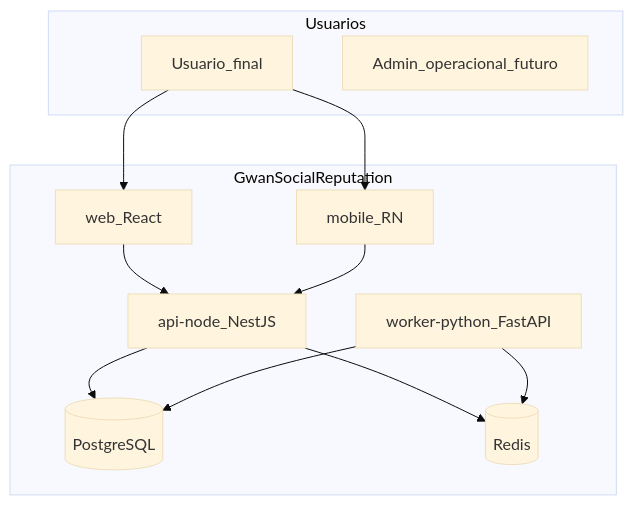
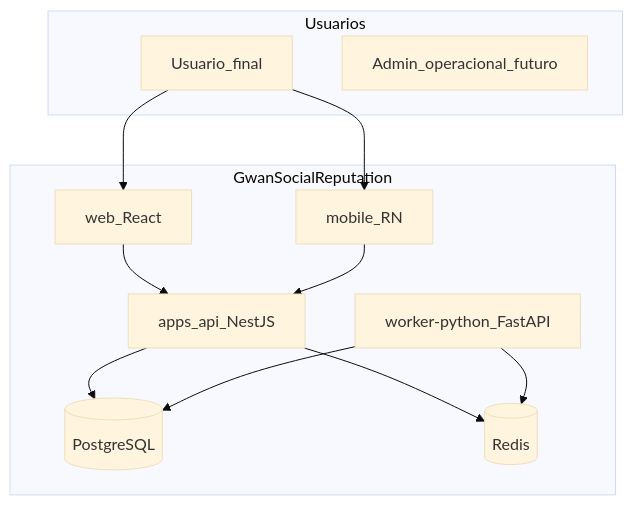
The diagram in docs/01-architecture-vision/vision.md (rastamansp/gwan-social), drawn with Mermaid (base theme) before and after one commit. The commit also changed other lines of this file and 113 other files, not shown here.

First line of the commit message:
feat: API Nest, Prisma, JWT e integração web; docs de deploy

````diff
--- a/docs/01-architecture-vision/vision.md
+++ b/docs/01-architecture-vision/vision.md
@@ -68,23 +68,23 @@
 ```mermaid
 flowchart TB
   subgraph users [Usuarios]
     U[Usuario_final]
     A[Admin_operacional_futuro]
   end
   subgraph system [GwanSocialReputation]
     W[web_React]
     M[mobile_RN]
-    API[api-node_NestJS]
+    API[apps_api_NestJS]
     PY[worker-python_FastAPI]
     PG[(PostgreSQL)]
     R[(Redis)]
   end
   U --> W
   U --> M
   W --> API
   M --> API
   API --> PG
   API --> R
   PY --> PG
   PY --> R
 ```
````
